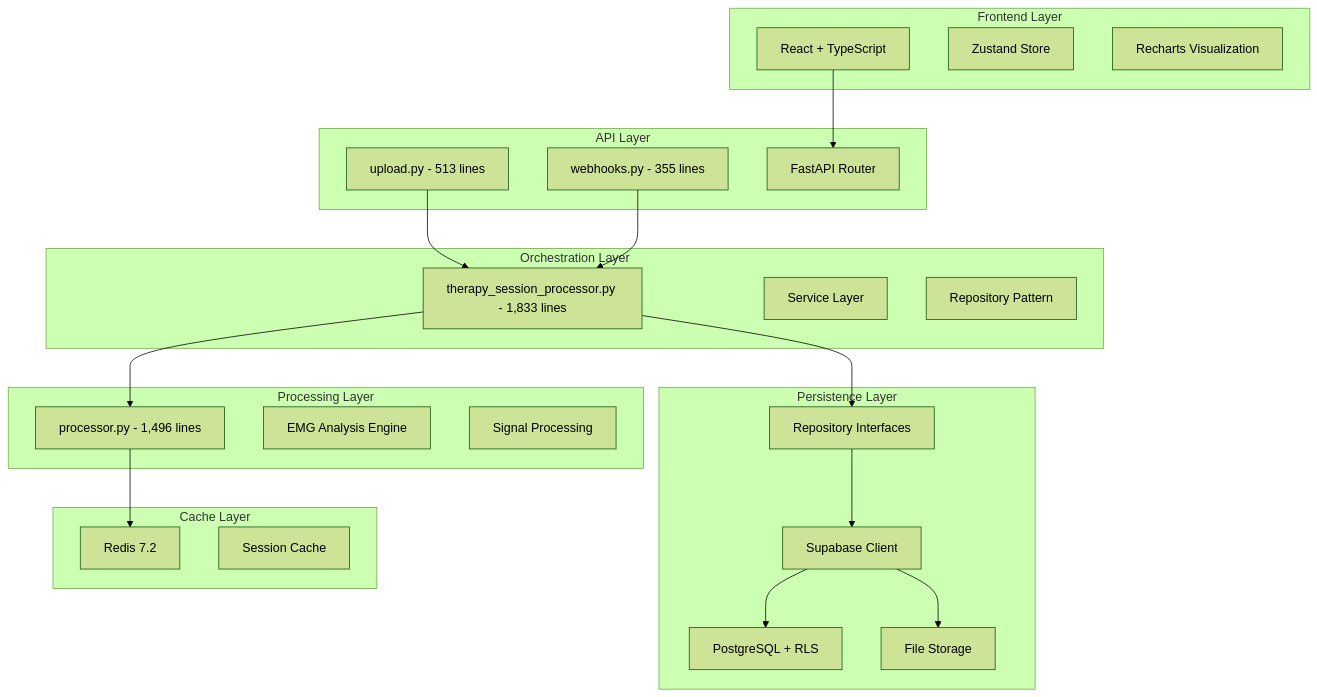
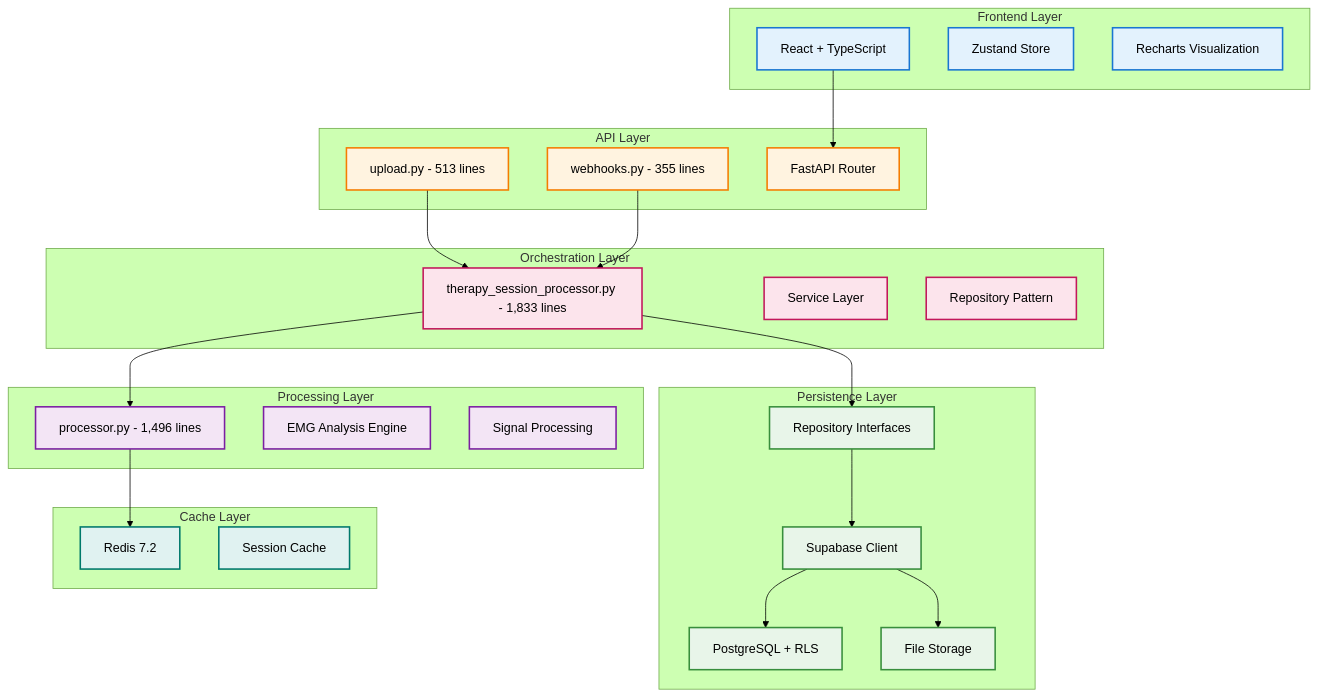
Before and after one commit to ggustin93/emg-c3d-analyzer: the first of 3 diagrams in docusaurus/docs/architecture/overview.md, drawn with Mermaid (forest theme). The commit also changed other lines of this file and 11 other files, not shown here.

````diff
--- a/docusaurus/docs/architecture/overview.md
+++ b/docusaurus/docs/architecture/overview.md
@@ -12,48 +12,55 @@
 ```mermaid
 graph TB
     subgraph "Frontend Layer"
-        UI[React + TypeScript]
-        State[Zustand Store]
-        Chart[Recharts Visualization]
+        UI[React + TypeScript]:::frontend
+        State[Zustand Store]:::frontend
+        Chart[Recharts Visualization]:::frontend
     end
     
     subgraph "API Layer"
-        A1[upload.py - 513 lines]
-        A2[webhooks.py - 355 lines]
-        A3[FastAPI Router]
+        A1[upload.py - 513 lines]:::api
+        A2[webhooks.py - 355 lines]:::api
+        A3[FastAPI Router]:::api
     end
     
     subgraph "Orchestration Layer"
-        O1[therapy_session_processor.py - 1,833 lines]
-        O2[Service Layer]
-        O3[Repository Pattern]
+        O1[therapy_session_processor.py - 1,833 lines]:::orchestration
+        O2[Service Layer]:::orchestration
+        O3[Repository Pattern]:::orchestration
     end
     
     subgraph "Processing Layer"
-        P1[processor.py - 1,496 lines]
-        P2[EMG Analysis Engine]
-        P3[Signal Processing]
+        P1[processor.py - 1,496 lines]:::processing
+        P2[EMG Analysis Engine]:::processing
+        P3[Signal Processing]:::processing
     end
     
     subgraph "Persistence Layer"
-        D1[Repository Interfaces]
-        D2[Supabase Client]
-        D3[PostgreSQL + RLS]
-        D4[File Storage]
+        D1[Repository Interfaces]:::database
+        D2[Supabase Client]:::database
+        D3[PostgreSQL + RLS]:::database
+        D4[File Storage]:::database
     end
     
     subgraph "Cache Layer"
-        C1[Redis 7.2]
-        C2[Session Cache]
+        C1[Redis 7.2]:::cache
+        C2[Session Cache]:::cache
     end
     
     UI --> A3
     A1 --> O1
     A2 --> O1
     O1 --> P1
     O1 --> D1
     P1 --> C1
     D1 --> D2
     D2 --> D3
     D2 --> D4
+    
+    classDef frontend fill:#e3f2fd,stroke:#1976d2,stroke-width:2px,color:#000
+    classDef api fill:#fff3e0,stroke:#f57c00,stroke-width:2px,color:#000
+    classDef orchestration fill:#fce4ec,stroke:#c2185b,stroke-width:2px,color:#000
+    classDef processing fill:#f3e5f5,stroke:#7b1fa2,stroke-width:2px,color:#000
+    classDef database fill:#e8f5e9,stroke:#388e3c,stroke-width:2px,color:#000
+    classDef cache fill:#e0f2f1,stroke:#00796b,stroke-width:2px,color:#000
 ```
````
